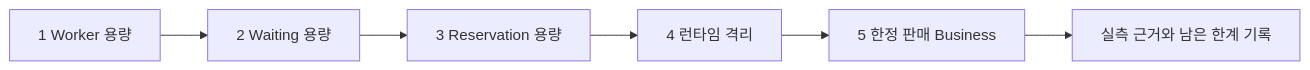
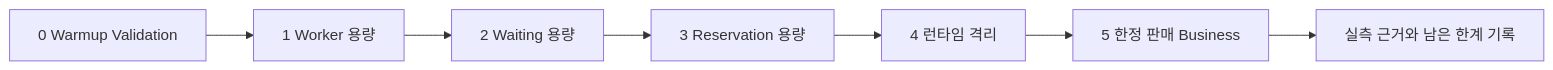
The first of 7 diagrams in docs/target-v1-load-scenario.md (tldnr1/limited-goods-reservation), drawn with Mermaid before and after one commit. The commit also changed other lines of this file and 34 other files, not shown here.

````diff
--- a/docs/target-v1-load-scenario.md
+++ b/docs/target-v1-load-scenario.md
@@ -16,6 +16,6 @@
 ```mermaid
 flowchart LR
-  W[1 Worker 용량] --> Q[2 Waiting 용량] --> R[3 Reservation 용량]
+  Z[0 Warmup Validation] --> W[1 Worker 용량] --> Q[2 Waiting 용량] --> R[3 Reservation 용량]
   R --> I[4 런타임 격리] --> B[5 한정 판매 Business]
   B --> E[실측 근거와 남은 한계 기록]
 ```
````
